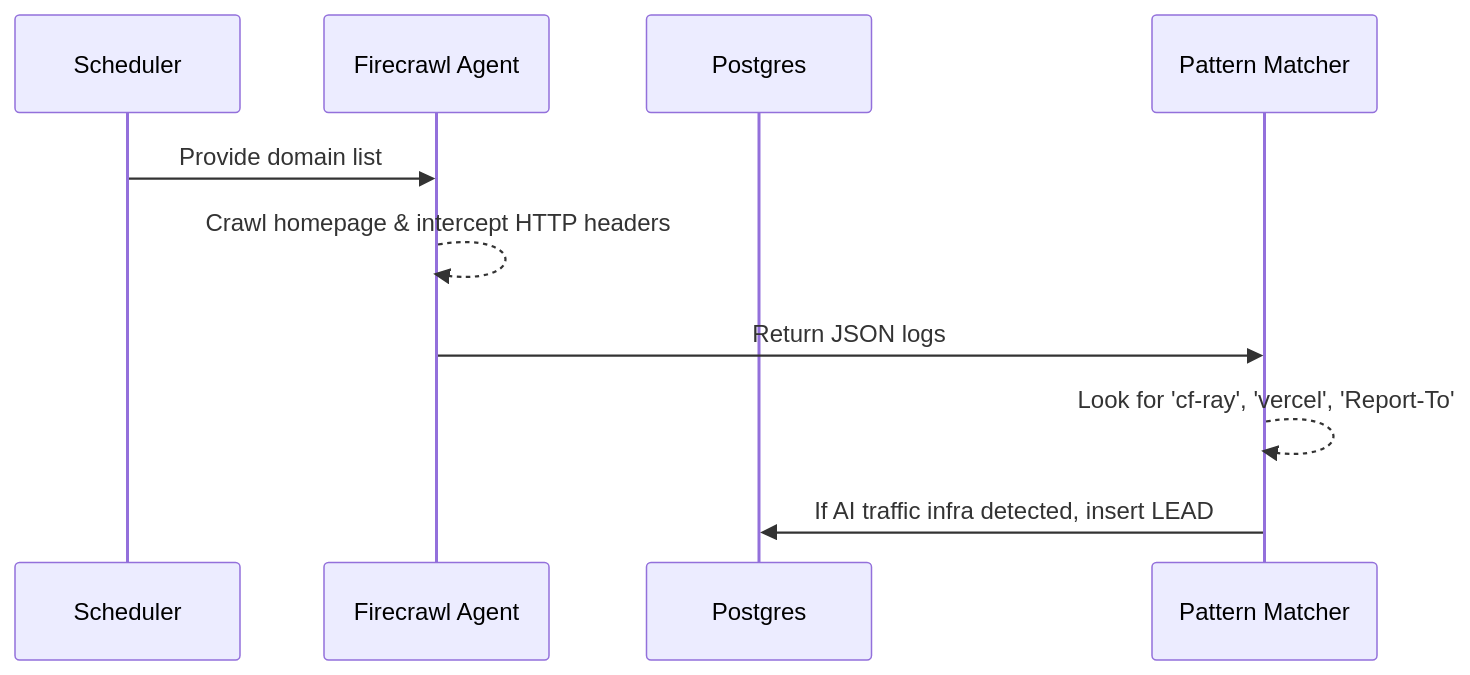
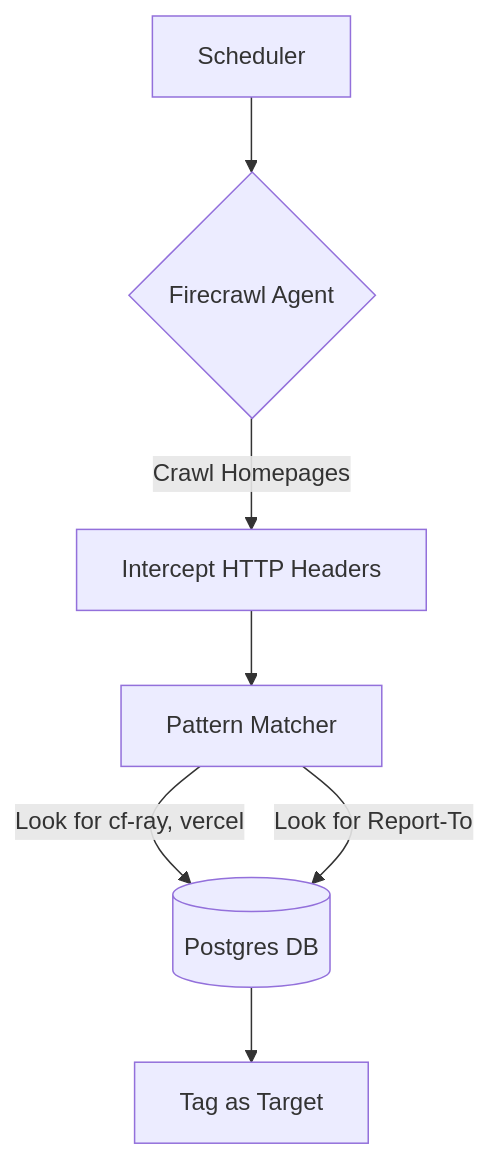
The third of 7 diagrams in presentation/white_circle_prezi.md (frankterpo/mermaidchart_prezi), drawn with Mermaid before and after one commit. The commit also changed other lines of this file, not shown here.

````diff
--- a/presentation/white_circle_prezi.md
+++ b/presentation/white_circle_prezi.md
@@ -182,12 +156,9 @@
 ```mermaid
-sequenceDiagram
-    participant S as Scheduler
-    participant F as Firecrawl Agent
-    participant DB as Postgres
-    participant M as Pattern Matcher
-    S->>F: Provide domain list
-    F-->>F: Crawl homepage & intercept HTTP headers
-    F->>M: Return JSON logs
-    M-->>M: Look for 'cf-ray', 'vercel', 'Report-To'
-    M->>DB: If AI traffic infra detected, insert LEAD
+flowchart TD
+    S[Scheduler] --> F{Firecrawl Agent}
+    F -->|Crawl Homepages| D[Intercept HTTP Headers]
+    D --> M[Pattern Matcher]
+    M -->|Look for cf-ray, vercel| DB[(Postgres DB)]
+    M -->|Look for Report-To| DB
+    DB --> O[Tag as Target]
 ```
````
